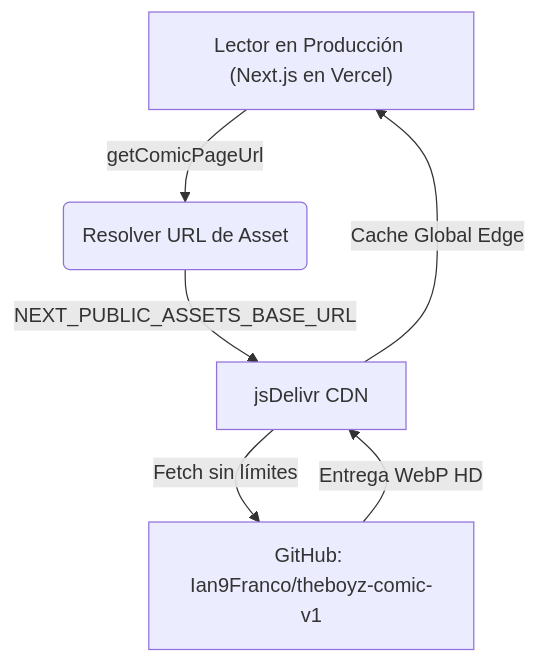
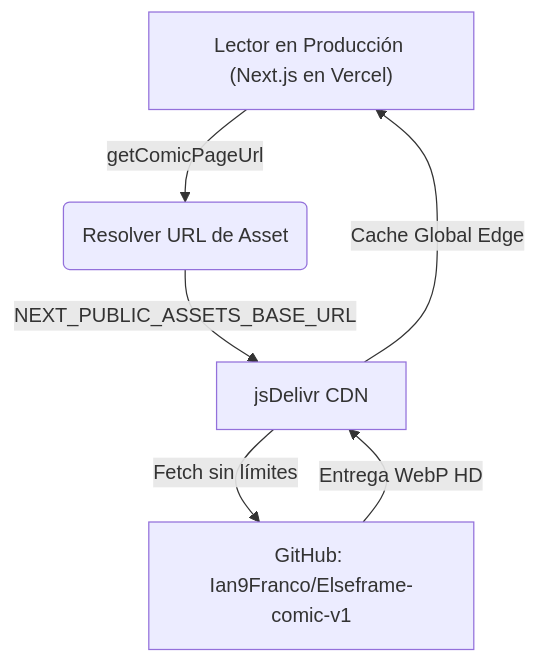
Before and after one commit to Ian9Franco/ElseframeComics: the second of 2 diagrams in README.md, drawn with Mermaid. The commit also changed other lines of this file and 16 other files, not shown here.

````diff
--- a/README.md
+++ b/README.md
@@ -127,8 +127,8 @@
 ```mermaid
 graph TD
     A["Lector en Producción (Next.js en Vercel)"] -->|getComicPageUrl| B("Resolver URL de Asset")
     B -->|NEXT_PUBLIC_ASSETS_BASE_URL| C["jsDelivr CDN"]
-    C -->|Fetch sin límites| D["GitHub: Ian9Franco/theboyz-comic-v1"]
+    C -->|Fetch sin límites| D["GitHub: Ian9Franco/Elseframe-comic-v1"]
     D -->|Entrega WebP HD| C
     C -->|Cache Global Edge| A
 ```
````
